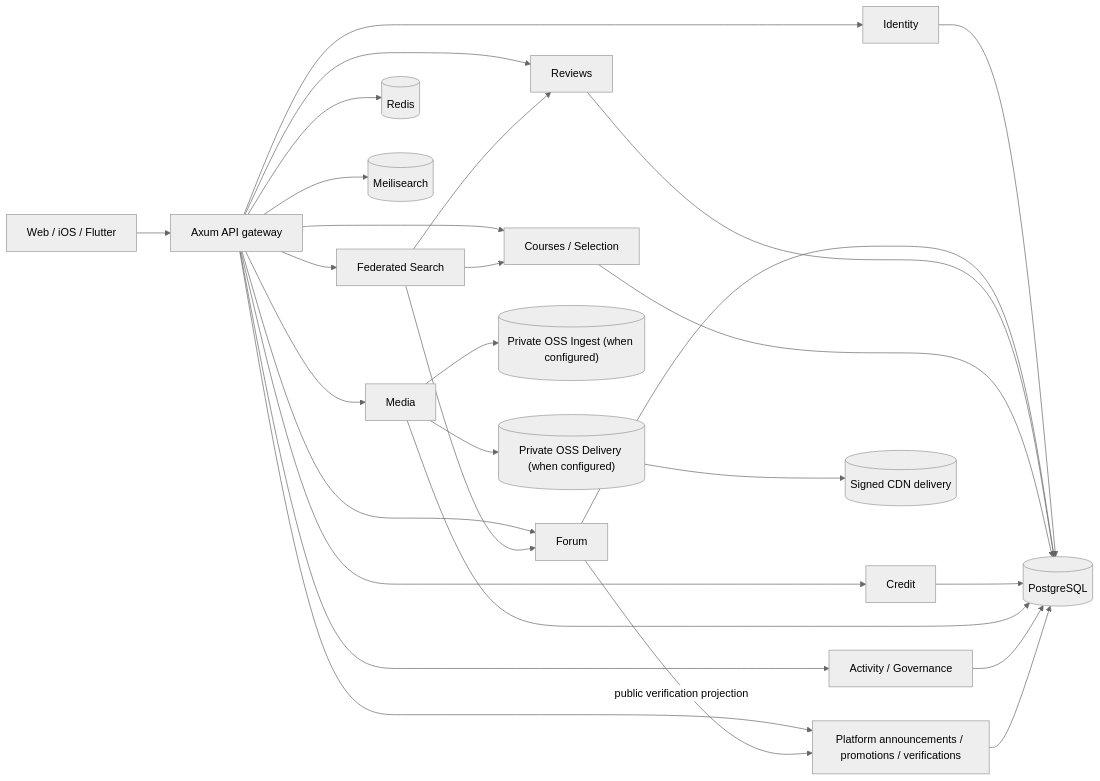
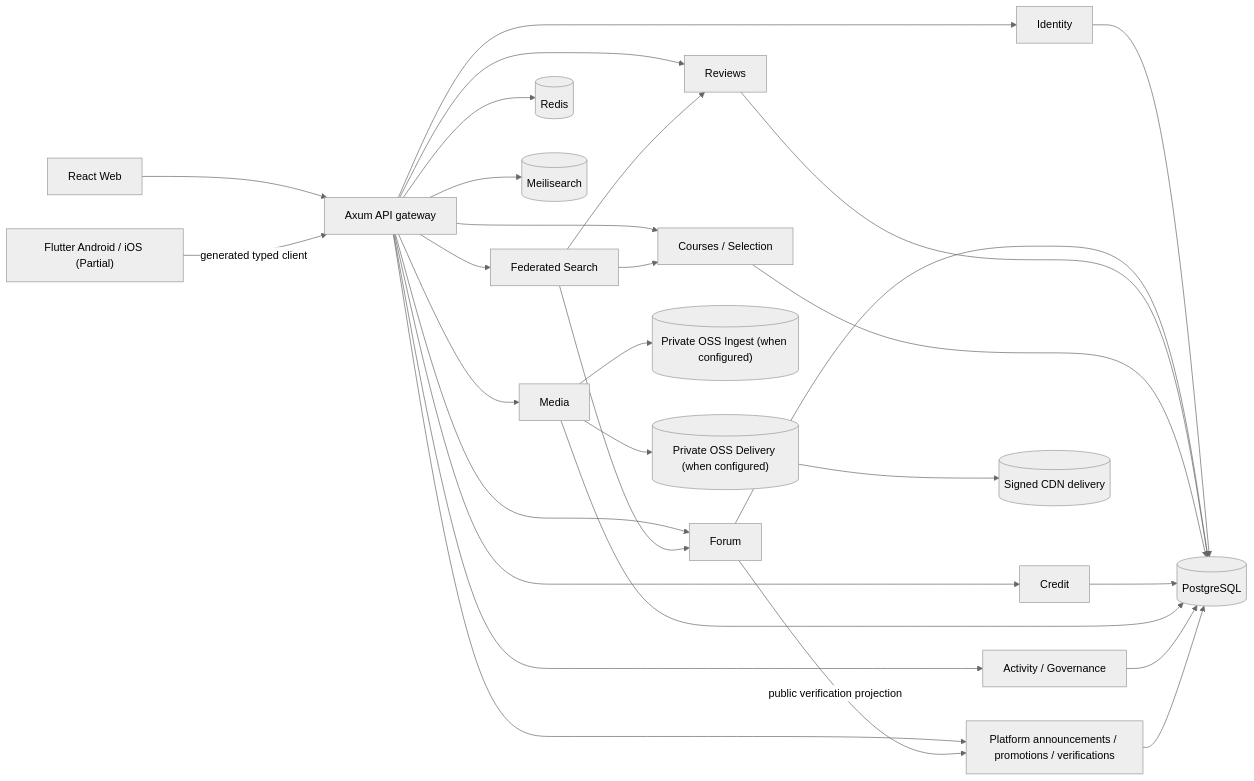
Before and after one commit to YourTongji/YourTJ-Platform: the diagram in docs/architecture/system-overview.md, drawn with Mermaid (neutral theme). The commit also changed other lines of this file and 254 other files, not shown here.

Commit message:
feat(mobile): add Web-aligned Flutter application

````diff
--- a/docs/architecture/system-overview.md
+++ b/docs/architecture/system-overview.md
@@ -16,33 +16,34 @@
 ```mermaid
 flowchart LR
     accTitle: YourTJ 当前系统结构
-    accDescr: Web 和其他客户端通过 Axum API 访问各领域服务，PostgreSQL 保存业务事实，Redis、Meilisearch 和 OSS 保存可重建投影或媒体对象。
+    accDescr: 当前 Web 与 Partial 状态的 Flutter Android/iOS 客户端共享同一 Axum API；PostgreSQL 保存业务事实，Redis、Meilisearch 和 OSS 保存可重建投影或媒体对象。
 
-    C["Web / iOS / Flutter"] --> A["Axum API gateway"]
+    W["React Web"] --> A["Axum API gateway"]
+    FLC["Flutter Android / iOS (Partial)"] -->|"generated typed client"| A
     A --> I["Identity"]
     A --> F["Forum"]
     A --> R["Reviews"]
     A --> K["Courses / Selection"]
     A --> P["Credit"]
     A --> M["Media"]
     A --> V["Activity / Governance"]
     A --> PFM["Platform announcements / promotions / verifications"]
     A --> S["Federated Search"]
     I --> DB[("PostgreSQL")]
     F --> DB
     R --> DB
     K --> DB
     P --> DB
     M --> DB
     V --> DB
     PFM --> DB
     F -->|"public verification projection"| PFM
     S --> K
     S --> R
     S --> F
     A --> Redis[("Redis")]
     A --> Meili[("Meilisearch")]
     M --> Ingest[("Private OSS Ingest (when configured)")]
     M --> Delivery[("Private OSS Delivery (when configured)")]
     Delivery --> CDN[("Signed CDN delivery")]
 ```
````
